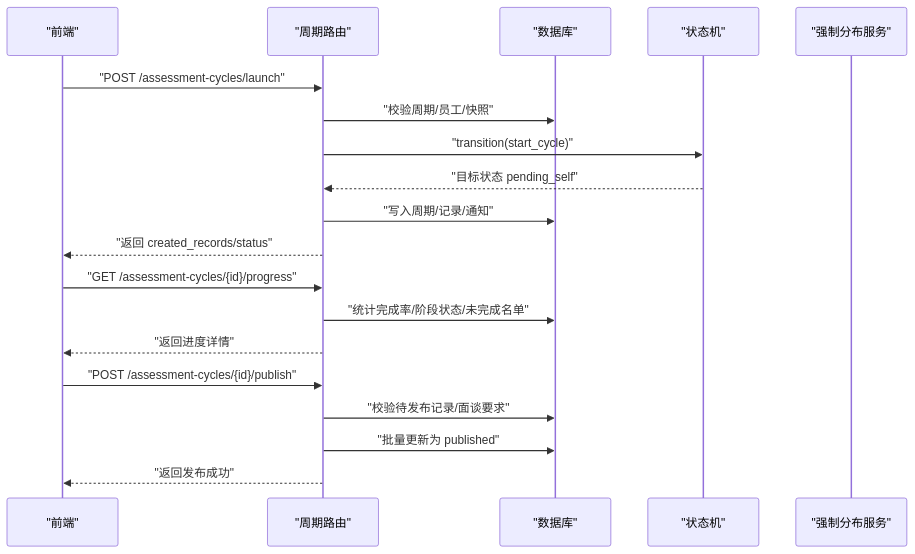
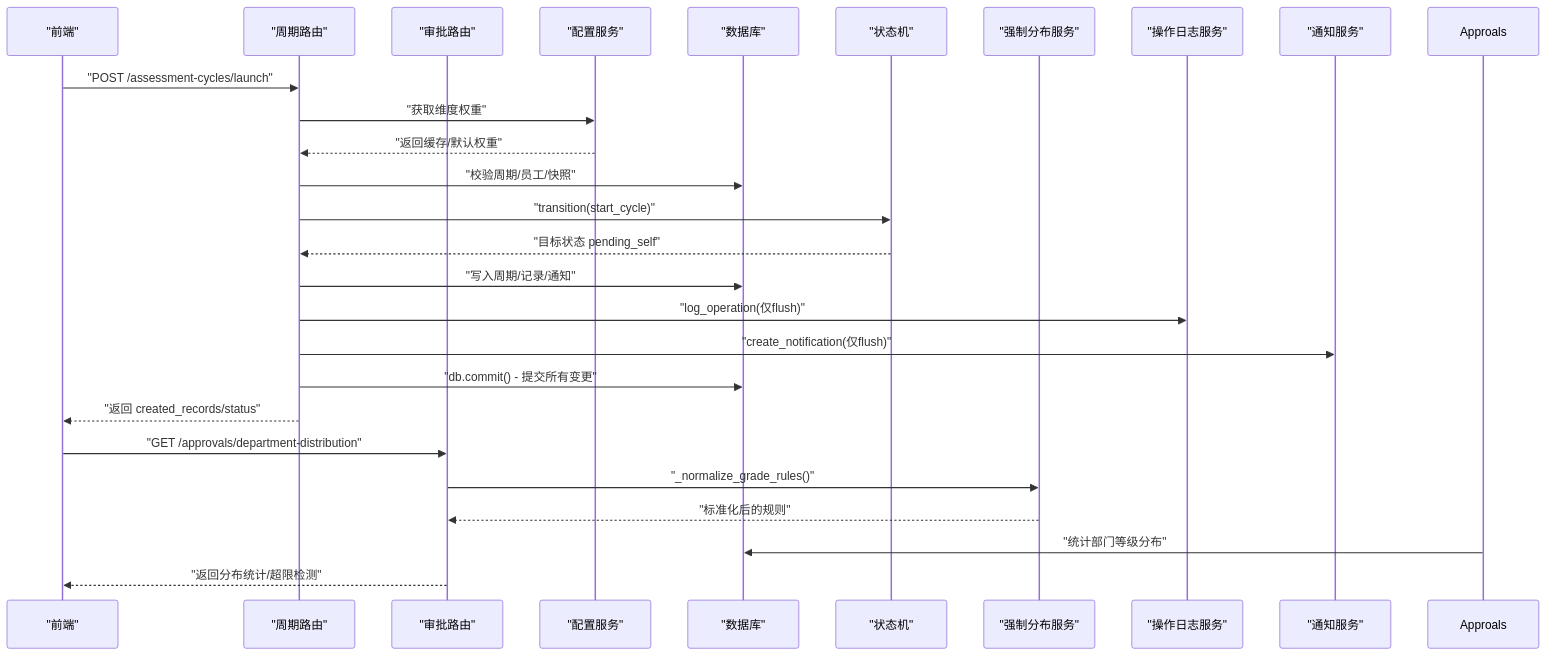
One commit to xgd561/performance_evaluation_system changed the second of 13 diagrams in .qoder/repowiki/zh/content/考核周期管理/考核周期管理.md. Above: the diagram before and after it, drawn with Mermaid. The commit also changed other lines of this file and 136 other files, not shown here.

````diff
--- a/.qoder/repowiki/zh/content/考核周期管理/考核周期管理.md
+++ b/.qoder/repowiki/zh/content/考核周期管理/考核周期管理.md
@@ -83,21 +125,28 @@
 ```mermaid
 sequenceDiagram
 participant FE as "前端"
 participant API as "周期路由"
+participant Approvals as "审批路由"
+participant ConfigSvc as "配置服务"
 participant DB as "数据库"
 participant SM as "状态机"
 participant DE as "强制分布服务"
+participant OpLog as "操作日志服务"
+participant Notify as "通知服务"
 FE->>API : "POST /assessment-cycles/launch"
+API->>ConfigSvc : "获取维度权重"
+ConfigSvc-->>API : "返回缓存/默认权重"
 API->>DB : "校验周期/员工/快照"
 API->>SM : "transition(start_cycle)"
 SM-->>API : "目标状态 pending_self"
 API->>DB : "写入周期/记录/通知"
+API->>OpLog : "log_operation(仅flush)"
+API->>Notify : "create_notification(仅flush)"
+API->>DB : "db.commit() - 提交所有变更"
 API-->>FE : "返回 created_records/status"
-FE->>API : "GET /assessment-cycles/{id}/progress"
-API->>DB : "统计完成率/阶段状态/未完成名单"
-API-->>FE : "返回进度详情"
-FE->>API : "POST /assessment-cycles/{id}/publish"
-API->>DB : "校验待发布记录/面谈要求"
-API->>DB : "批量更新为 published"
-API-->>FE : "返回发布成功"
+FE->>Approvals : "GET /approvals/department-distribution"
+Approvals->>DE : "_normalize_grade_rules()"
+DE-->>Approvals : "标准化后的规则"
+Approals->>DB : "统计部门等级分布"
+Approvals-->>FE : "返回分布统计/超限检测"
 ```
````
